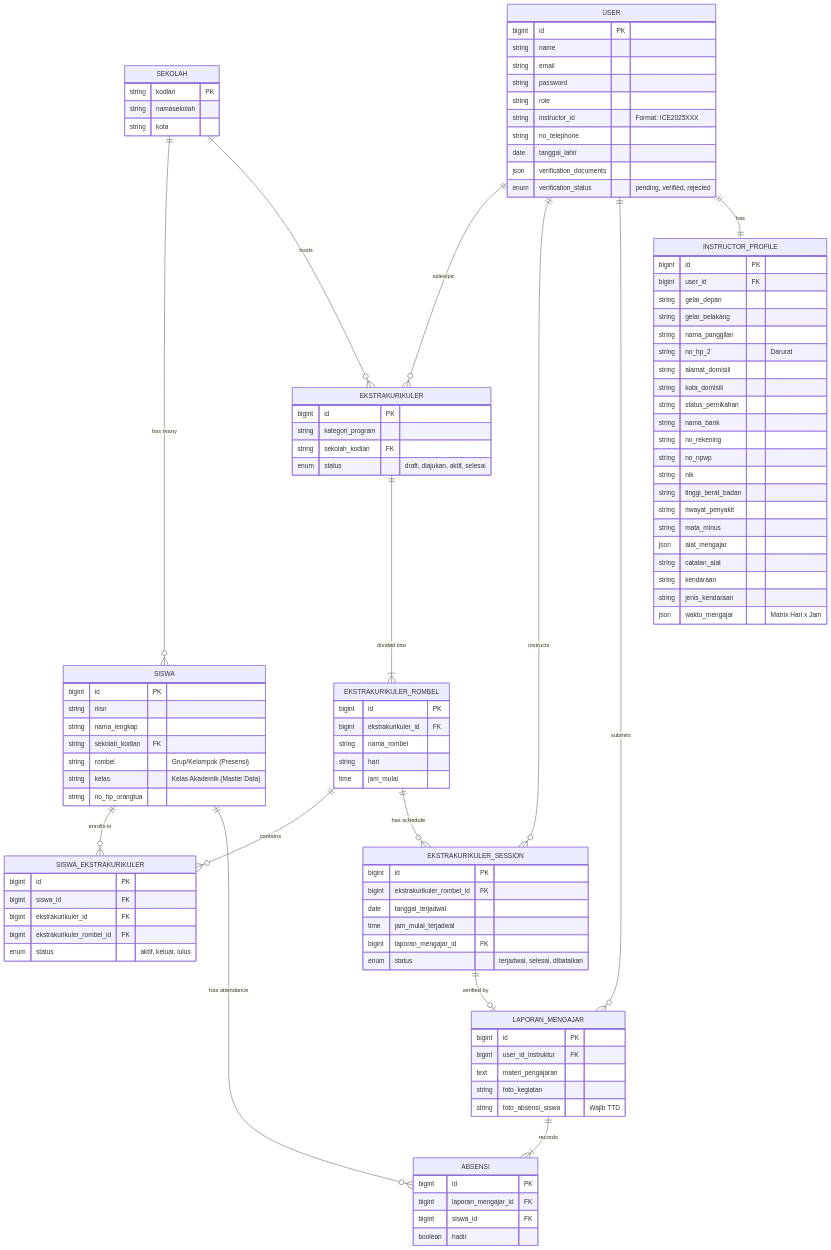
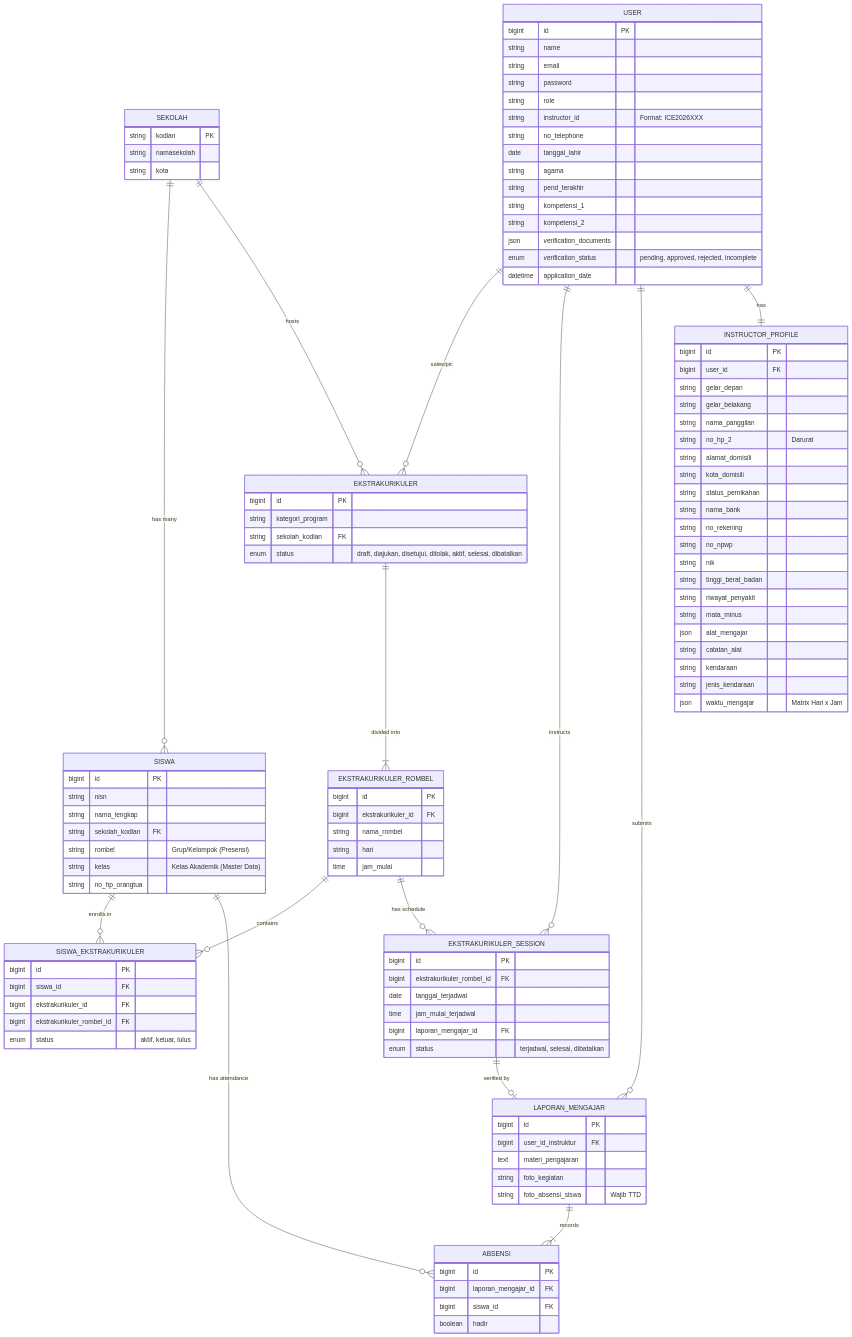
One commit to ErlassErlass/erlass.institute changed the diagram in docs/dev/DATABASE_SCHEMA.md. Above: the diagram before and after it, drawn with Mermaid. The commit also changed other lines of this file and 46 other files, not shown here.

```diff
--- a/docs/dev/DATABASE_SCHEMA.md
+++ b/docs/dev/DATABASE_SCHEMA.md
@@ -47,11 +47,16 @@
         string email
         string password
         string role
-        string instructor_id "Format: ICE2025XXX"
+        string instructor_id "Format: ICE2026XXX"
         string no_telephone
         date tanggal_lahir
+        string agama
+        string pend_terakhir
+        string kompetensi_1
+        string kompetensi_2
         json verification_documents
-        enum verification_status "pending, verified, rejected"
+        enum verification_status "pending, approved, rejected, incomplete"
+        datetime application_date
     }
 
     INSTRUCTOR_PROFILE {
@@ -82,7 +87,7 @@
         bigint id PK
         string kategori_program
         string sekolah_kodlan FK
-        enum status "draft, diajukan, aktif, selesai"
+        enum status "draft, diajukan, disetujui, ditolak, aktif, selesai, dibatalkan"
     }
 
     EKSTRAKURIKULER_ROMBEL {
```
